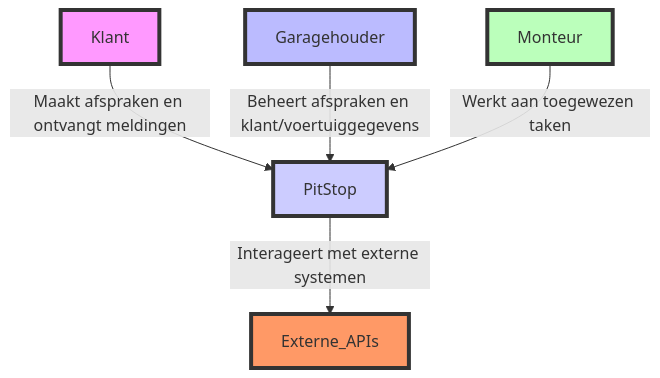
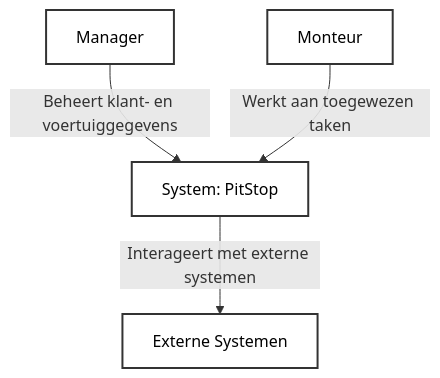
One commit to hanaim-devops/pitstop-team-luna changed the first of 3 diagrams in src/pitstop-c4-model.md. Above: the diagram before and after it, drawn with Mermaid. The commit also changed other lines of this file, not shown here.

````diff
--- a/src/pitstop-c4-model.md
+++ b/src/pitstop-c4-model.md
@@ -5,13 +11,17 @@
 ```mermaid
 graph TD
-    Klant -->|Maakt afspraken en ontvangt meldingen| PitStop
-    Garagehouder -->|Beheert afspraken en klant/voertuiggegevens| PitStop
+    style Manager fill:#ffffff,stroke:#333,stroke-width:2px,color:#000000
+    style Monteur fill:#ffffff,stroke:#333,stroke-width:2px,color:#000000
+    style PitStop fill:#ffffff,stroke:#333,stroke-width:2px,color:#000000
+    style Externe_APIs fill:#ffffff,stroke:#333,stroke-width:2px,color:#000000
+
+    Manager -->|Beheert klant- en voertuiggegevens| PitStop
     Monteur -->|Werkt aan toegewezen taken| PitStop
     PitStop -->|Interageert met externe systemen| Externe_APIs
 
-    style Klant fill:#f9f,stroke:#333,stroke-width:4px
-    style Garagehouder fill:#bbf,stroke:#333,stroke-width:4px
-    style Monteur fill:#bfb,stroke:#333,stroke-width:4px
-    style Externe_APIs fill:#f96,stroke:#333,stroke-width:4px
-    style PitStop fill:#ccf,stroke:#333,stroke-width:4px
+    Manager[Manager]
+    Monteur[Monteur]
+    PitStop[System: PitStop]
+    Externe_APIs[Externe Systemen]
+    
 ```
````
